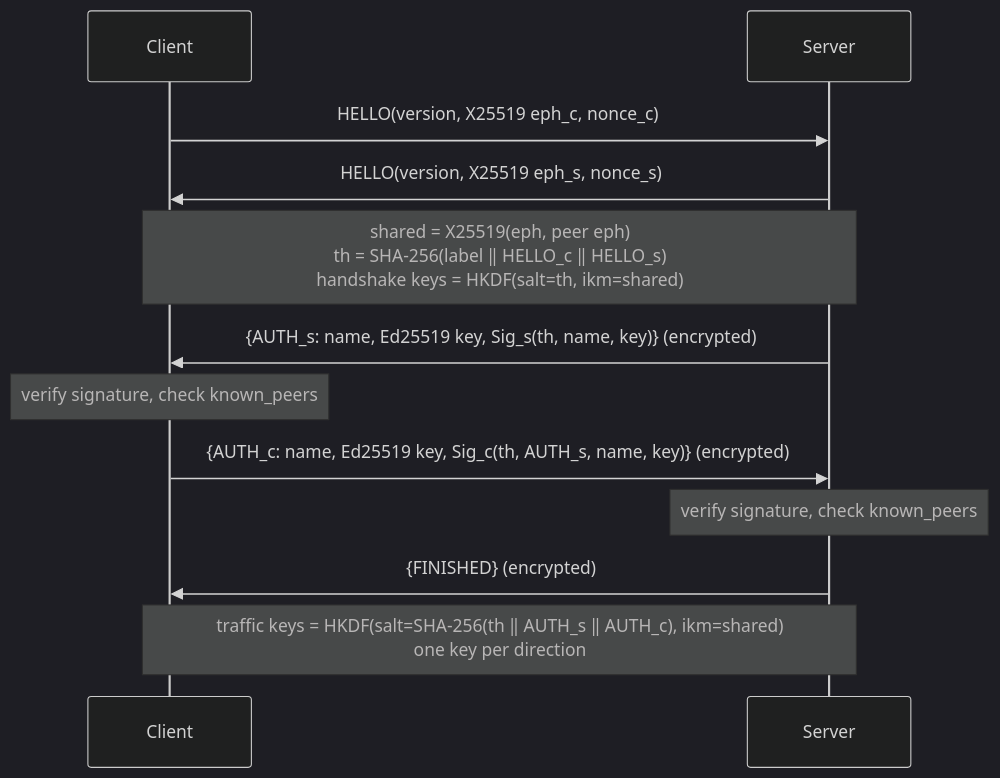
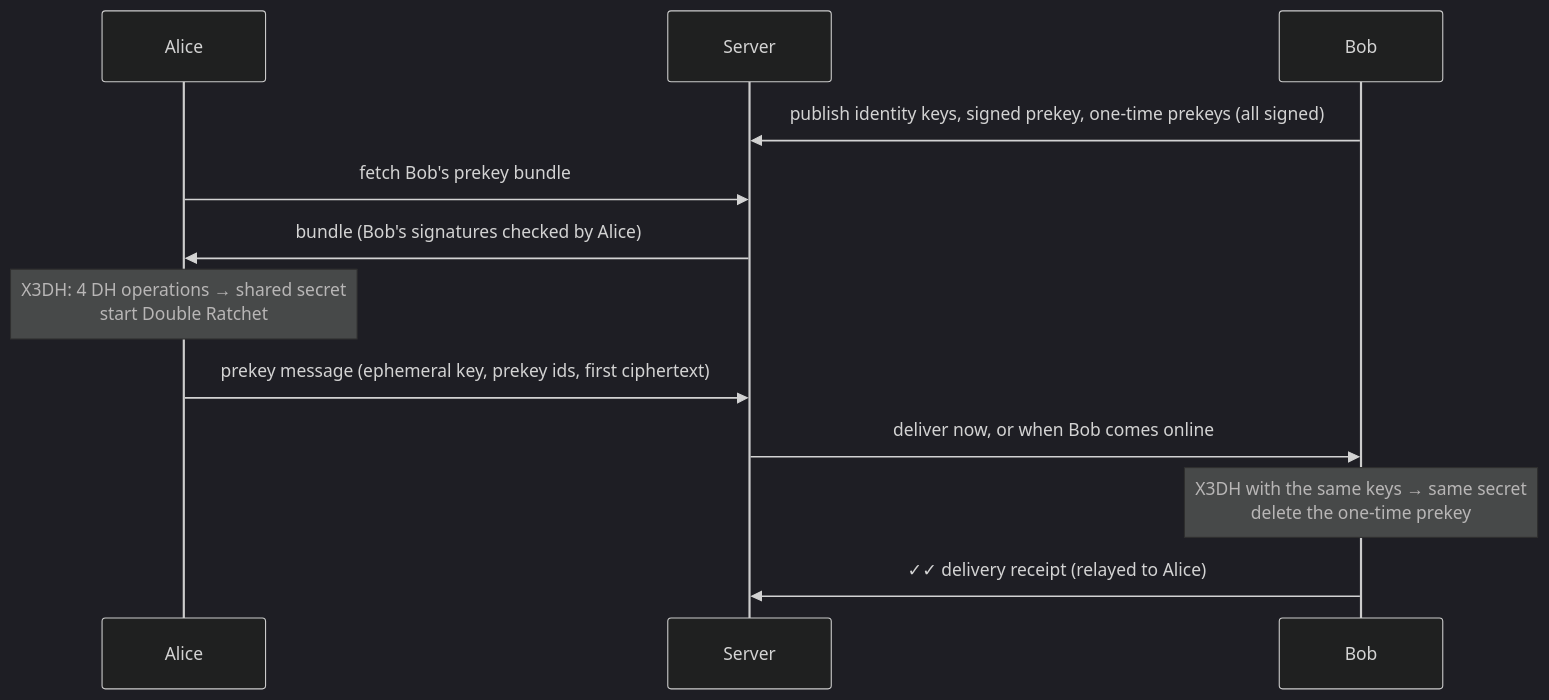
One commit to aemircicek/oba changed the diagram in README.md. Above: the diagram before and after it, drawn with Mermaid (dark theme). The commit also changed other lines of this file and 5 other files, not shown here.

````diff
--- a/README.md
+++ b/README.md
@@ -97,14 +114,14 @@
 ```mermaid
 sequenceDiagram
-    participant C as Client
+    participant A as Alice
     participant S as Server
-    C->>S: HELLO(version, X25519 eph_c, nonce_c)
-    S->>C: HELLO(version, X25519 eph_s, nonce_s)
-    Note over C,S: shared = X25519(eph, peer eph)<br/>th = SHA-256(label ‖ HELLO_c ‖ HELLO_s)<br/>handshake keys = HKDF(salt=th, ikm=shared)
-    S->>C: {AUTH_s: name, Ed25519 key, Sig_s(th, name, key)}  (encrypted)
-    Note over C: verify signature, check known_peers
-    C->>S: {AUTH_c: name, Ed25519 key, Sig_c(th, AUTH_s, name, key)}  (encrypted)
-    Note over S: verify signature, check known_peers
-    S->>C: {FINISHED}  (encrypted)
-    Note over C,S: traffic keys = HKDF(salt=SHA-256(th ‖ AUTH_s ‖ AUTH_c), ikm=shared)<br/>one key per direction
+    participant B as Bob
+    B->>S: publish identity keys, signed prekey, one-time prekeys (all signed)
+    A->>S: fetch Bob's prekey bundle
+    S->>A: bundle (Bob's signatures checked by Alice)
+    Note over A: X3DH: 4 DH operations → shared secret<br/>start Double Ratchet
+    A->>S: prekey message (ephemeral key, prekey ids, first ciphertext)
+    S->>B: deliver now, or when Bob comes online
+    Note over B: X3DH with the same keys → same secret<br/>delete the one-time prekey
+    B->>S: ✓✓ delivery receipt (relayed to Alice)
 ```
````
